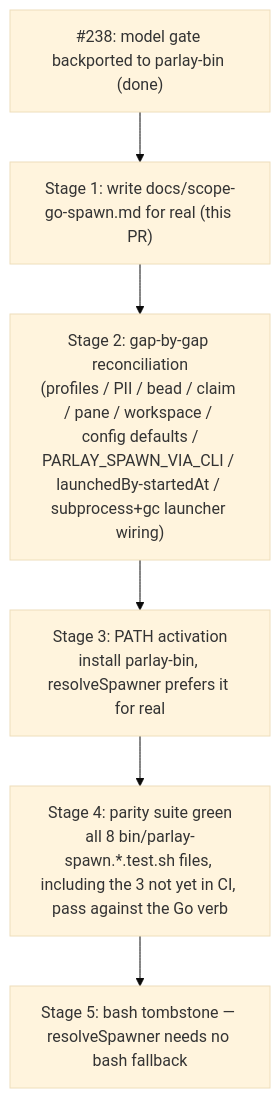
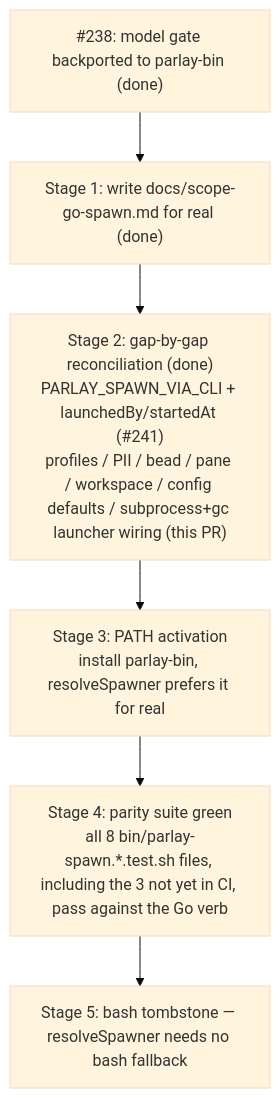
One commit to trillium/parlay changed the diagram in docs/scope-go-spawn.md. Above: the diagram before and after it, drawn with Mermaid (base theme). The commit also changed other lines of this file and 20 other files, not shown here.

First line of the commit message:
tools/parlay-bin: close remaining spawn gaps — profiles, PII, bead, pane, workspace, config, launchers (discussion #237)

````diff
--- a/docs/scope-go-spawn.md
+++ b/docs/scope-go-spawn.md
@@ -313,8 +307,8 @@
 ```mermaid
 flowchart TB
-    M1["#238: model gate backported to parlay-bin (done)"] --> S["Stage 1: write docs/scope-go-spawn.md for real (this PR)"]
-    S --> R1["Stage 2: gap-by-gap reconciliation<br/>(profiles / PII / bead / claim / pane / workspace / config defaults /<br/>PARLAY_SPAWN_VIA_CLI / launchedBy-startedAt / subprocess+gc launcher wiring)"]
+    M1["#238: model gate backported to parlay-bin (done)"] --> S["Stage 1: write docs/scope-go-spawn.md for real (done)"]
+    S --> R1["Stage 2: gap-by-gap reconciliation (done)<br/>PARLAY_SPAWN_VIA_CLI + launchedBy/startedAt (#241)<br/>profiles / PII / bead / pane / workspace / config defaults / subprocess+gc launcher wiring (this PR)"]
     R1 --> R2["Stage 3: PATH activation<br/>install parlay-bin, resolveSpawner prefers it for real"]
     R2 --> R3["Stage 4: parity suite green<br/>all 8 bin/parlay-spawn.*.test.sh files, including the 3 not yet in CI, pass against the Go verb"]
     R3 --> T["Stage 5: bash tombstone — resolveSpawner needs no bash fallback"]
 ```
````
